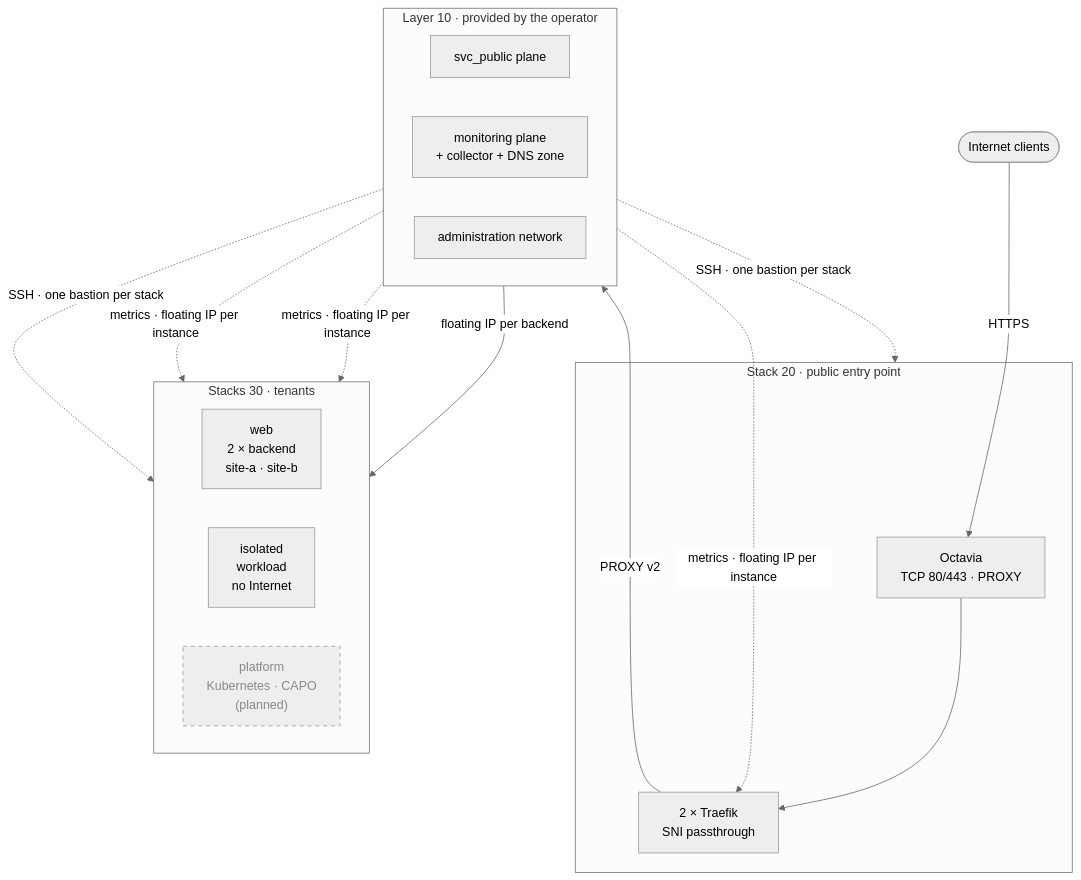
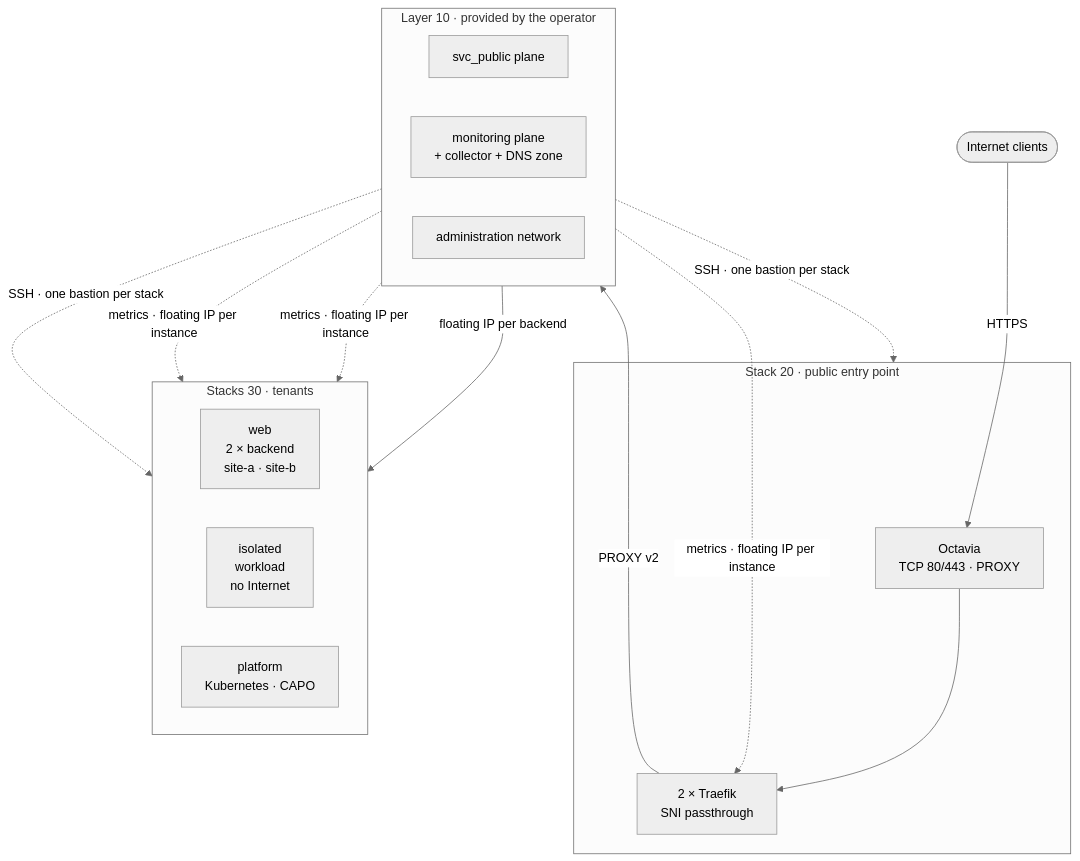
One commit to CyprisTech/openstack-multitenant-reference changed the first of 2 diagrams in README.md. Above: the diagram before and after it, drawn with Mermaid (neutral theme). The commit also changed other lines of this file and 6 other files, not shown here.

````diff
--- a/README.md
+++ b/README.md
@@ -39,30 +39,28 @@
 ```mermaid
 flowchart TB
     U(["Internet clients"])
 
     subgraph EDGE["Stack 20 · public entry point"]
         LB["Octavia<br/>TCP 80/443 · PROXY"] --> T["2 × Traefik<br/>SNI passthrough"]
     end
 
     subgraph TENANTS["Stacks 30 · tenants"]
         direction LR
         W["web<br/>2 × backend<br/>site-a · site-b"]
         I["isolated<br/>workload<br/>no Internet"]
-        K["platform<br/>Kubernetes · CAPO<br/>(planned)"]
+        K["platform<br/>Kubernetes · CAPO"]
     end
 
     subgraph L10["Layer 10 · provided by the operator"]
         direction LR
         SVC["svc_public plane"]
         MON["monitoring plane<br/>+ collector + DNS zone"]
         ADM["administration network"]
     end
 
     U -->|HTTPS| LB
     T -->|"PROXY v2"| SVC -->|"floating IP per backend"| W
     MON -.->|"metrics · floating IP per instance"| T & W & I
     ADM -.->|"SSH · one bastion per stack"| EDGE & TENANTS
 
-    classDef planned stroke-dasharray: 5 5,color:#888
-    class K planned
 ```
````
